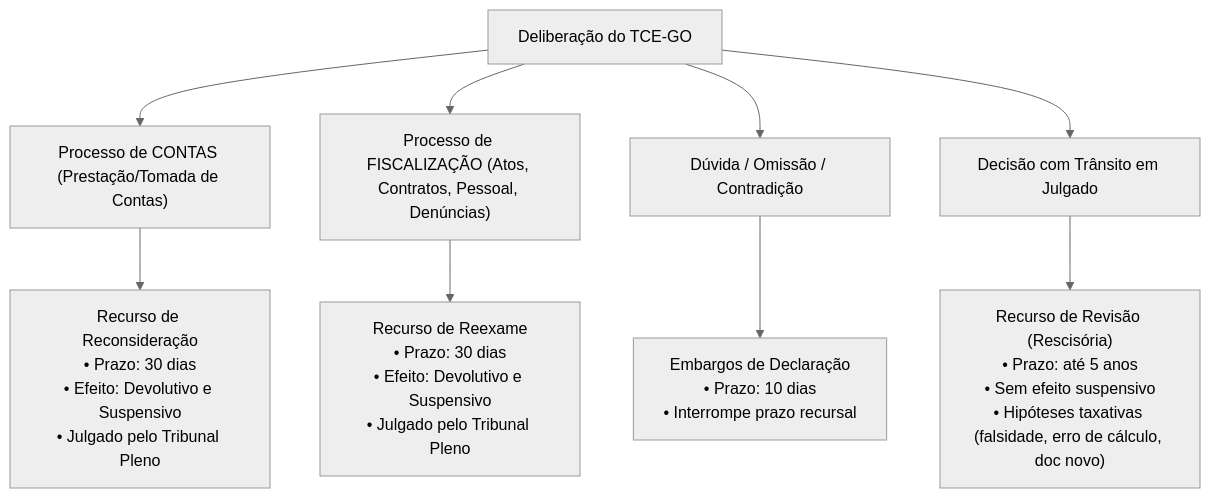
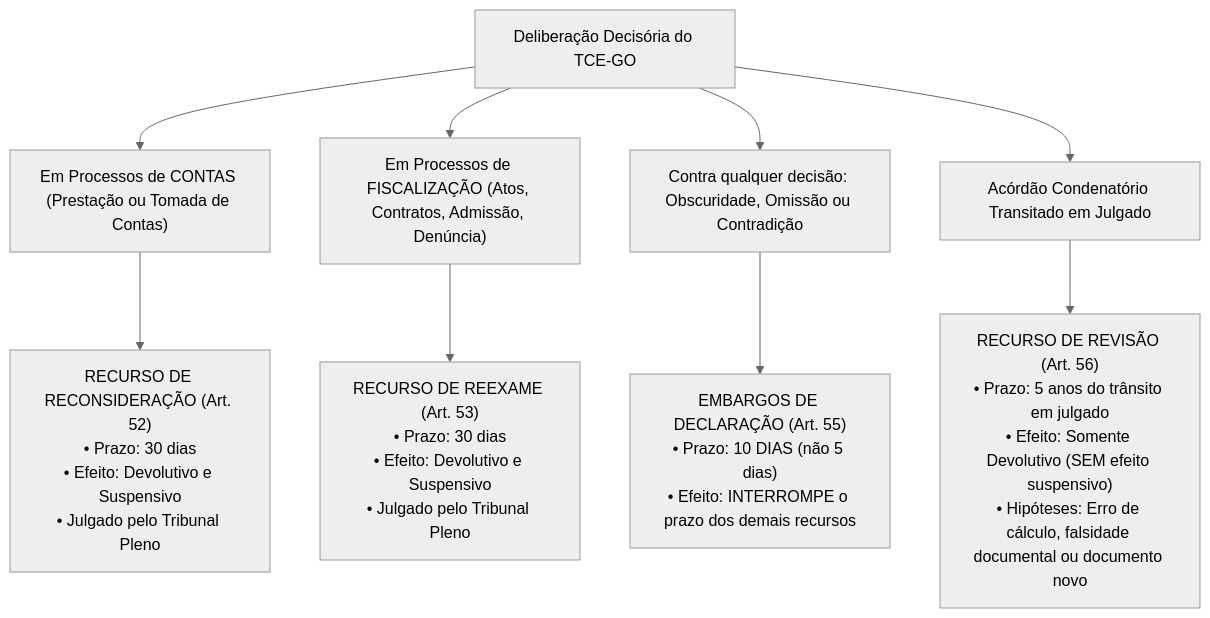
One commit to thiagosantos346/TCE-GO-2027 changed the second of 2 diagrams in fontes_de_estudo/conhecimentos_gerais/03_legislacao_institucional/02_lei_organica_tce_go_lei_16168_2007.md. Above: the diagram before and after it, drawn with Mermaid (neutral theme). The commit also changed other lines of this file and 119 other files, not shown here.

````diff
--- a/fontes_de_estudo/conhecimentos_gerais/03_legislacao_institucional/02_lei_organica_tce_go_lei_16168_2007.md
+++ b/fontes_de_estudo/conhecimentos_gerais/03_legislacao_institucional/02_lei_organica_tce_go_lei_16168_2007.md
@@ -188,14 +233,14 @@
 ```mermaid
 graph TD
-    Decisao[Deliberação do TCE-GO]
+    Deliberacao["Deliberação Decisória do TCE-GO"]
     
-    Decisao --> ProcessoContas["Processo de CONTAS (Prestação/Tomada de Contas)"]
-    Decisao --> ProcessoFiscalizacao["Processo de FISCALIZAÇÃO (Atos, Contratos, Pessoal, Denúncias)"]
-    Decisao --> Obscuridade["Dúvida / Omissão / Contradição"]
-    Decisao --> TransitoJulgado["Decisão com Trânsito em Julgado"]
+    Deliberacao --> ProcessoContas["Em Processos de CONTAS (Prestação ou Tomada de Contas)"]
+    Deliberacao --> ProcessoFisc["Em Processos de FISCALIZAÇÃO (Atos, Contratos, Admissão, Denúncia)"]
+    Deliberacao --> VicioInterno["Contra qualquer decisão: Obscuridade, Omissão ou Contradição"]
+    Deliberacao --> CoisaJulgada["Acórdão Condenatório Transitado em Julgado"]
     
-    ProcessoContas --> RReconsideracao["Recurso de Reconsideração<br/>• Prazo: 30 dias<br/>• Efeito: Devolutivo e Suspensivo<br/>• Julgado pelo Tribunal Pleno"]
-    ProcessoFiscalizacao --> RReexame["Recurso de Reexame<br/>• Prazo: 30 dias<br/>• Efeito: Devolutivo e Suspensivo<br/>• Julgado pelo Tribunal Pleno"]
-    Obscuridade --> ED["Embargos de Declaração<br/>• Prazo: 10 dias<br/>• Interrompe prazo recursal"]
-    TransitoJulgado --> RRevisao["Recurso de Revisão (Rescisória)<br/>• Prazo: até 5 anos<br/>• Sem efeito suspensivo<br/>• Hipóteses taxativas (falsidade, erro de cálculo, doc novo)"]
+    ProcessoContas --> RecReconsideracao["RECURSO DE RECONSIDERAÇÃO (Art. 52)<br/>• Prazo: 30 dias<br/>• Efeito: Devolutivo e Suspensivo<br/>• Julgado pelo Tribunal Pleno"]
+    ProcessoFisc --> RecReexame["RECURSO DE REEXAME (Art. 53)<br/>• Prazo: 30 dias<br/>• Efeito: Devolutivo e Suspensivo<br/>• Julgado pelo Tribunal Pleno"]
+    VicioInterno --> EmbDeclara["EMBARGOS DE DECLARAÇÃO (Art. 55)<br/>• Prazo: 10 DIAS (não 5 dias)<br/>• Efeito: INTERROMPE o prazo dos demais recursos"]
+    CoisaJulgada --> RecRevisao["RECURSO DE REVISÃO (Art. 56)<br/>• Prazo: 5 anos do trânsito em julgado<br/>• Efeito: Somente Devolutivo (SEM efeito suspensivo)<br/>• Hipóteses: Erro de cálculo, falsidade documental ou documento novo"]
 ```
````
